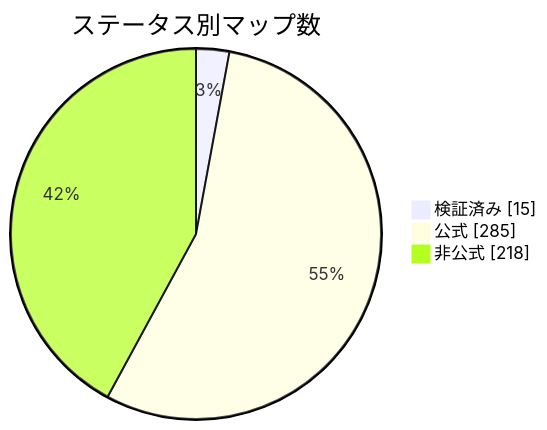
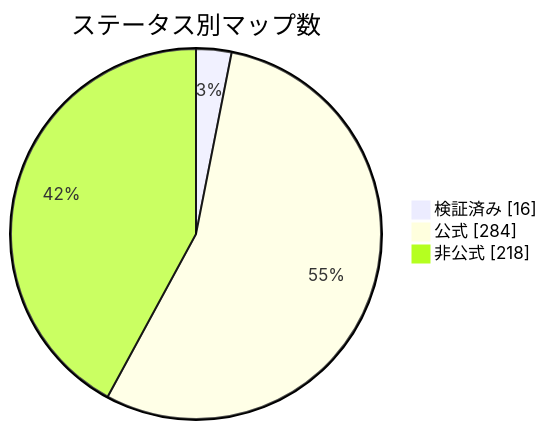
Before and after one commit to nobrega8/mbmap-library: the diagram in docs/readme/README_JP.md, drawn with Mermaid. The commit also changed 13 other files, not shown here.

````diff
--- a/docs/readme/README_JP.md
+++ b/docs/readme/README_JP.md
@@ -54,7 +54,7 @@
 ```mermaid
 pie showData
     title ステータス別マップ数
-    "検証済み" : 15
-    "公式" : 285
+    "検証済み" : 16
+    "公式" : 284
     "非公式" : 218
 ```
````
